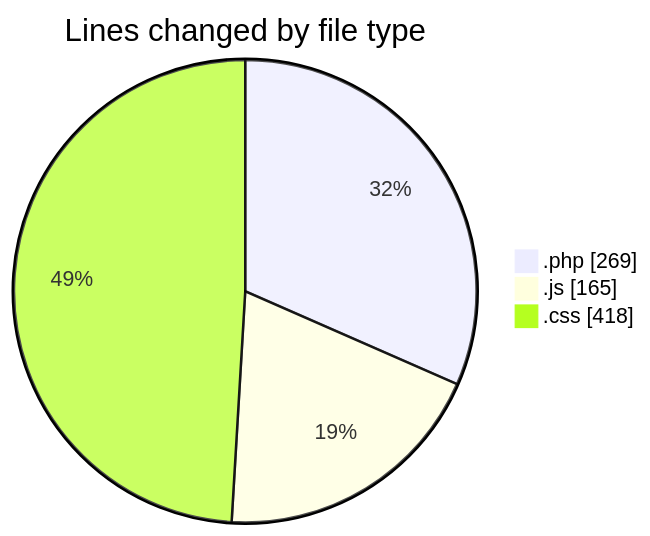
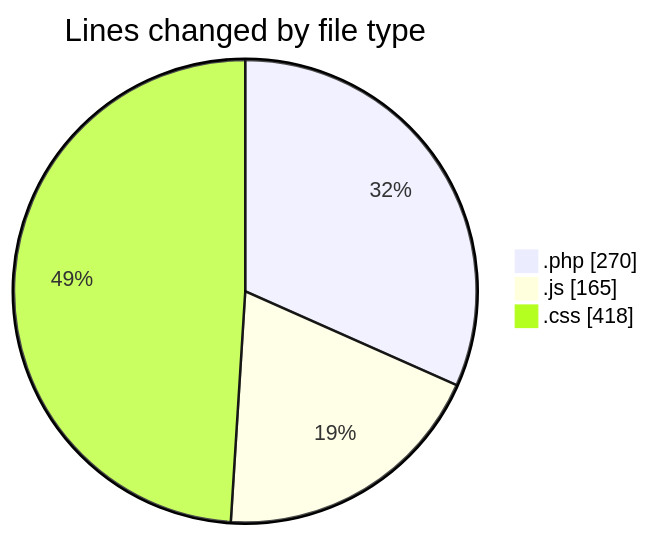
Before and after one commit to LanceThiago/code-tracking: the first of 2 diagrams in 2025-04-11/web/README.md, drawn with Mermaid. The commit also changed other lines of this file and 1 other file, not shown here.

````diff
--- a/2025-04-11/web/README.md
+++ b/2025-04-11/web/README.md
@@ -22,7 +22,7 @@
 ```mermaid
 pie showData
 title Lines changed by file type
-".php" : 269
+".php" : 270
 ".js" : 165
 ".css" : 418
 ```
````
